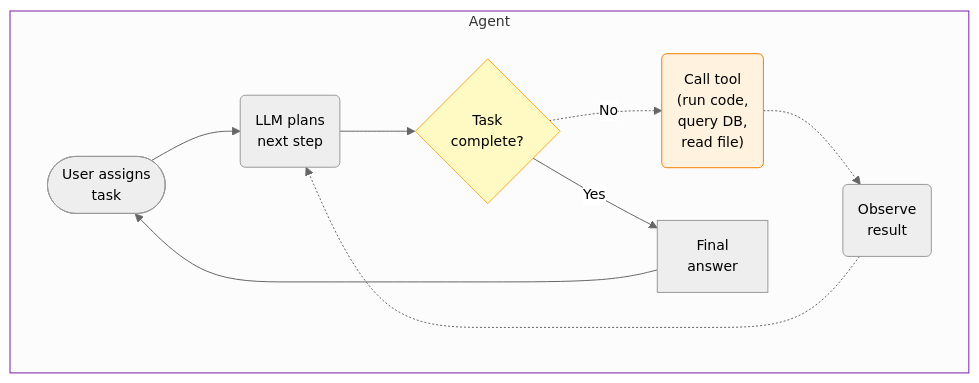
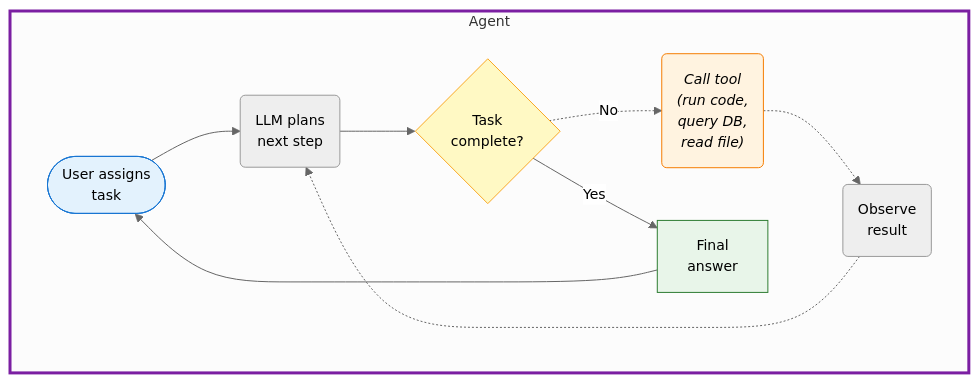
One commit to mjfrigaard/shiny-app-pkgs changed the third of 6 diagrams in tools.qmd. Above: the diagram before and after it, drawn with Mermaid. The commit also changed other lines of this file and 20 other files, not shown here.

````diff
--- a/tools.qmd
+++ b/tools.qmd
@@ -273,21 +288,25 @@
 ```{mermaid}
 %%| fig-cap: 'Agents'
 %%| fig-align: center
 %%{init: {'theme': 'neutral', 'themeVariables': { 'fontFamily': 'monospace', "fontSize":"14px"}}}%%
 
 flowchart TD
     subgraph Agent["Agent"]
         direction LR
         UserAg(["User assigns<br>task"]) --> LlmAg("LLM plans<br>next step")
         LlmAg --> Decide{Task<br/>complete?}
-        Decide -.->|No| ToolCall("Call tool <br>(run code,<br> query DB,<br> read file)")
+        Decide -.->|No| ToolCall("<em>Call tool <br>(run code,<br> query DB,<br> read file)</em>")
         ToolCall -.-> Observe(Observe<br>result)
         Observe -.-> LlmAg
         Decide -->|Yes| FinalAg[Final<br>answer]
         FinalAg --> UserAg
     end
 
-    style Agent stroke:#7b1fa2
+    style Agent stroke-width:3px,stroke:#7b1fa2
+    
+    style UserAg fill:#e3f2fd,stroke:#1976d2,stroke-width:1px,color:#000
+    style FinalAg fill:#e8f5e9,stroke:#2e7d32,stroke-width:1px,color:#000
+    
     style ToolCall fill:#fff3e0,stroke:#f57c00
     style Decide fill:#fff9c4,stroke:#f9a825
 ```
````
